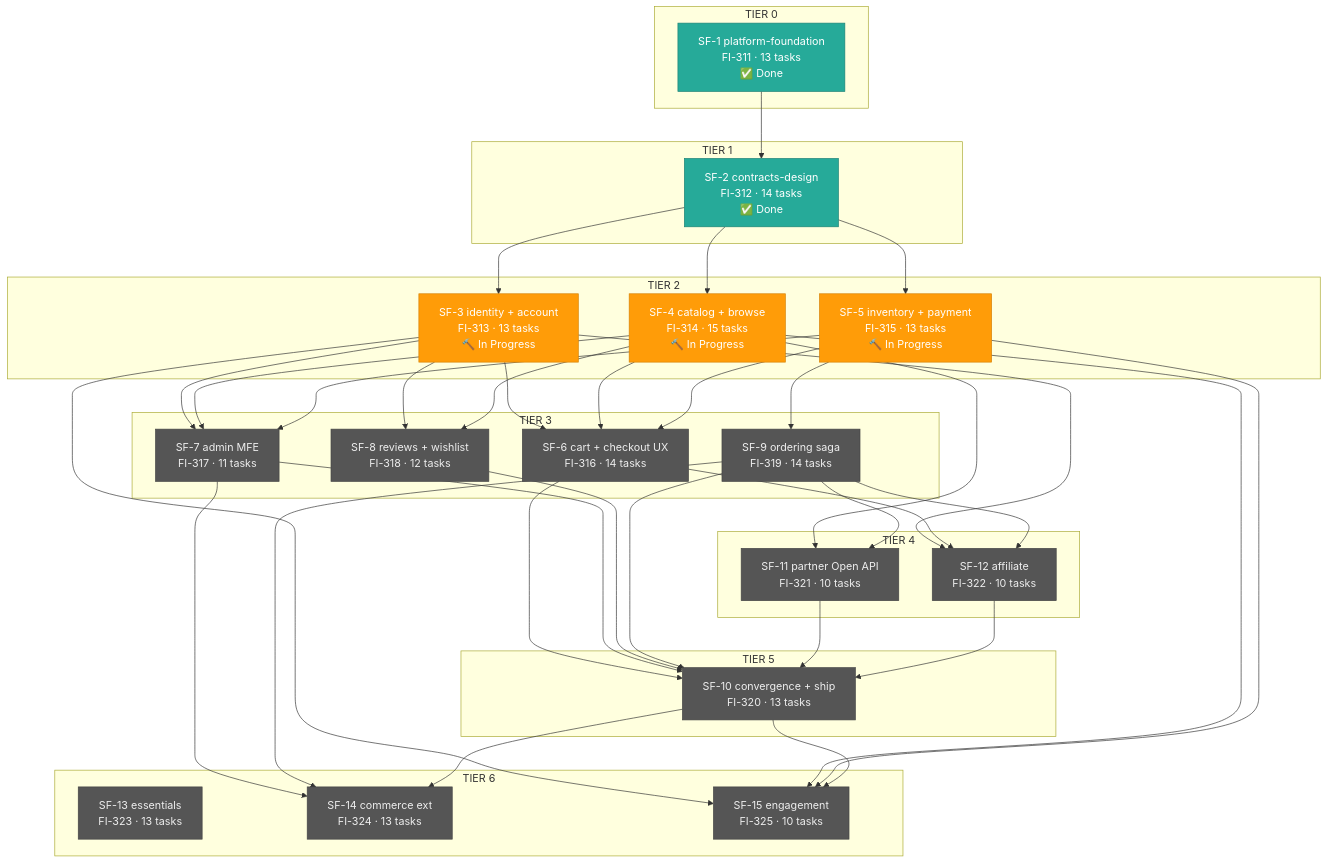
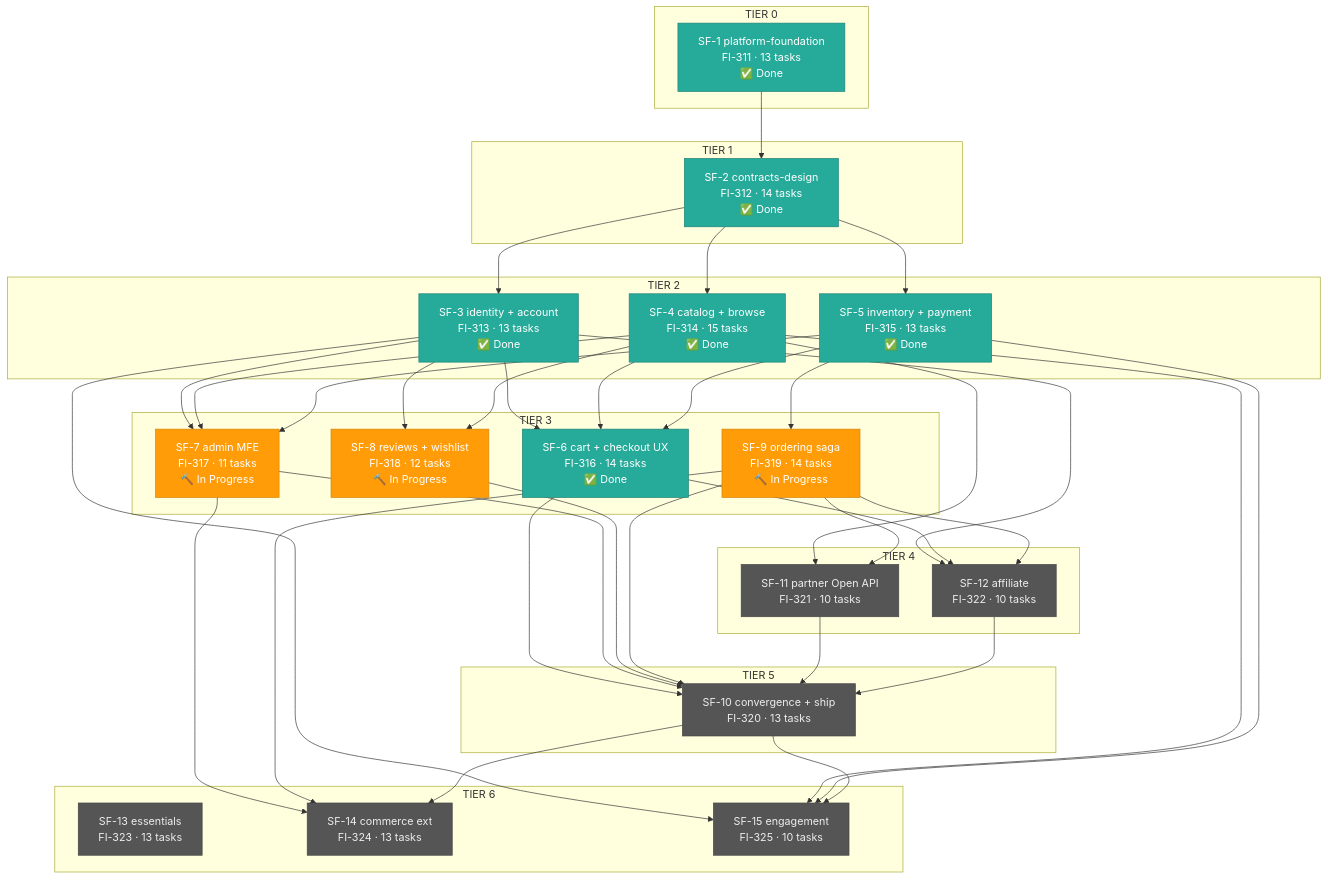
One commit to wakii-dev/ecommerce changed the second of 2 diagrams in README.md. Above: the diagram before and after it, drawn with Mermaid. The commit also changed other lines of this file, not shown here.

Commit message:
docs: correct SF statuses — 6/15 done (SF-6 Done, SF-7/8/9 In Progress)

````diff
--- a/README.md
+++ b/README.md
@@ -143,69 +143,69 @@
 ```mermaid
 flowchart TD
     subgraph T0["TIER 0"]
         N1["SF-1 platform-foundation<br/>FI-311 · 13 tasks<br/>✅ Done"]
     end
     subgraph T1["TIER 1"]
         N2["SF-2 contracts-design<br/>FI-312 · 14 tasks<br/>✅ Done"]
     end
     subgraph T2["TIER 2"]
-        N3["SF-3 identity + account<br/>FI-313 · 13 tasks<br/>🔨 In Progress"]
-        N4["SF-4 catalog + browse<br/>FI-314 · 15 tasks<br/>🔨 In Progress"]
-        N5["SF-5 inventory + payment<br/>FI-315 · 13 tasks<br/>🔨 In Progress"]
+        N3["SF-3 identity + account<br/>FI-313 · 13 tasks<br/>✅ Done"]
+        N4["SF-4 catalog + browse<br/>FI-314 · 15 tasks<br/>✅ Done"]
+        N5["SF-5 inventory + payment<br/>FI-315 · 13 tasks<br/>✅ Done"]
     end
     subgraph T3["TIER 3"]
-        N6["SF-6 cart + checkout UX<br/>FI-316 · 14 tasks"]
-        N7["SF-7 admin MFE<br/>FI-317 · 11 tasks"]
-        N8["SF-8 reviews + wishlist<br/>FI-318 · 12 tasks"]
-        N9["SF-9 ordering saga<br/>FI-319 · 14 tasks"]
+        N6["SF-6 cart + checkout UX<br/>FI-316 · 14 tasks<br/>✅ Done"]
+        N7["SF-7 admin MFE<br/>FI-317 · 11 tasks<br/>🔨 In Progress"]
+        N8["SF-8 reviews + wishlist<br/>FI-318 · 12 tasks<br/>🔨 In Progress"]
+        N9["SF-9 ordering saga<br/>FI-319 · 14 tasks<br/>🔨 In Progress"]
     end
     subgraph T4["TIER 4"]
         N11["SF-11 partner Open API<br/>FI-321 · 10 tasks"]
         N12["SF-12 affiliate<br/>FI-322 · 10 tasks"]
     end
     subgraph T5["TIER 5"]
         N10["SF-10 convergence + ship<br/>FI-320 · 13 tasks"]
     end
     subgraph T6["TIER 6"]
         N13["SF-13 essentials<br/>FI-323 · 13 tasks"]
         N14["SF-14 commerce ext<br/>FI-324 · 13 tasks"]
         N15["SF-15 engagement<br/>FI-325 · 10 tasks"]
     end
     N1 --> N2
     N2 --> N3
     N2 --> N4
     N2 --> N5
     N3 --> N6
     N4 --> N6
     N5 --> N6
     N3 --> N7
     N4 --> N7
     N5 --> N7
     N3 --> N8
     N4 --> N8
     N5 --> N9
     N4 --> N11
     N9 --> N11
     N3 --> N12
     N6 --> N12
     N9 --> N12
     N7 --> N14
     N9 --> N14
     N10 --> N14
     N3 --> N15
     N4 --> N15
     N5 --> N15
     N10 --> N15
     N6 --> N10
     N7 --> N10
     N8 --> N10
     N9 --> N10
     N11 --> N10
     N12 --> N10
     classDef done fill:#26AA99,stroke:#1d8275,color:#fff
     classDef running fill:#FF9C08,stroke:#d68206,color:#fff
     classDef todo fill:#555,stroke:#444,color:#eee
-    class N1,N2 done
-    class N3,N4,N5 running
-    class N6,N7,N8,N9,N10,N11,N12,N13,N14,N15 todo
+    class N1,N2,N3,N4,N5,N6 done
+    class N7,N8,N9 running
+    class N10,N11,N12,N13,N14,N15 todo
 ```
````
